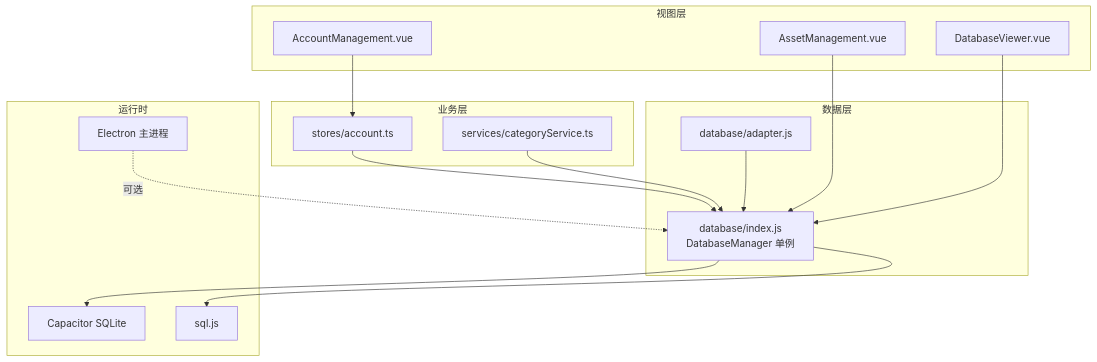
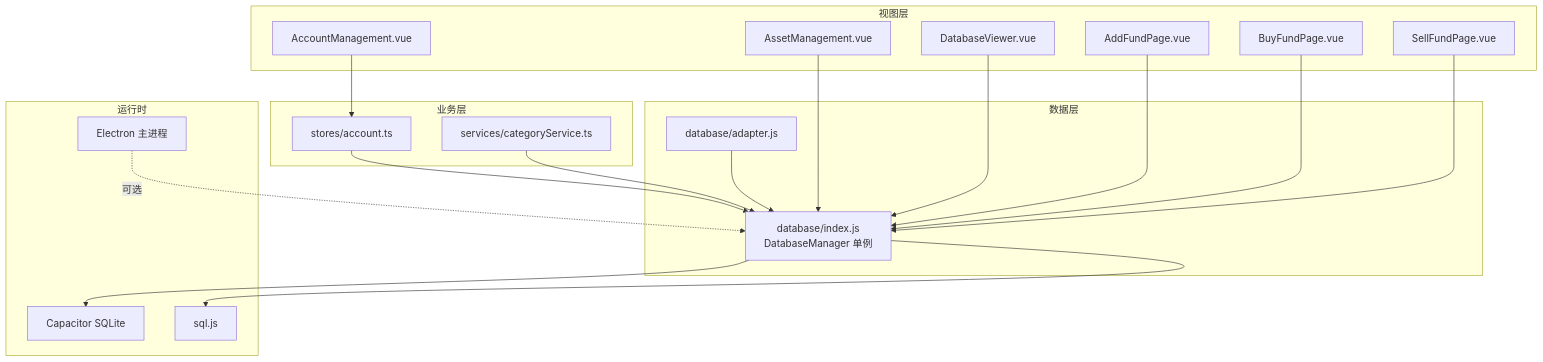
The first of 6 diagrams in .qoder/repowiki/zh/content/数据库管理/数据库管理.md (xiao-lin-unit/yuan), drawn with Mermaid before and after one commit. The commit also changed other lines of this file and 10 other files, not shown here.

````diff
--- a/.qoder/repowiki/zh/content/数据库管理/数据库管理.md
+++ b/.qoder/repowiki/zh/content/数据库管理/数据库管理.md
@@ -40,30 +53,36 @@
 ```mermaid
 graph TB
 subgraph "视图层"
 UI_Account["AccountManagement.vue"]
 UI_Asset["AssetManagement.vue"]
 UI_DBViewer["DatabaseViewer.vue"]
+UI_AddFund["AddFundPage.vue"]
+UI_BuyFund["BuyFundPage.vue"]
+UI_SellFund["SellFundPage.vue"]
 end
 subgraph "业务层"
 Store_Account["stores/account.ts"]
 Svc_Category["services/categoryService.ts"]
 end
 subgraph "数据层"
 Adapter["database/adapter.js"]
 Manager["database/index.js<br/>DatabaseManager 单例"]
 end
 subgraph "运行时"
 Capacitor["Capacitor SQLite"]
 SQLJS["sql.js"]
 Electron["Electron 主进程"]
 end
 UI_Account --> Store_Account
 UI_Asset --> Manager
 UI_DBViewer --> Manager
+UI_AddFund --> Manager
+UI_BuyFund --> Manager
+UI_SellFund --> Manager
 Store_Account --> Manager
 Svc_Category --> Manager
 Adapter --> Manager
 Manager --> Capacitor
 Manager --> SQLJS
 Electron -. 可选 .-> Manager
 ```
````
